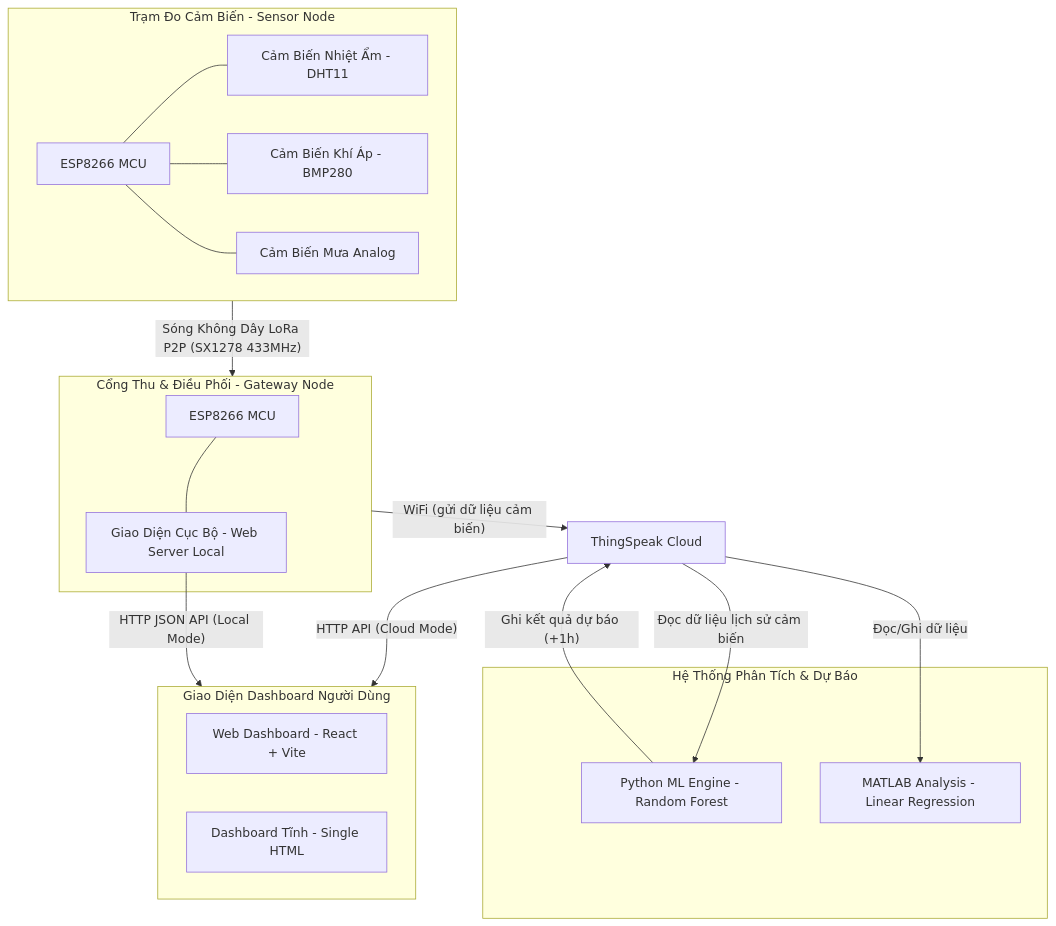
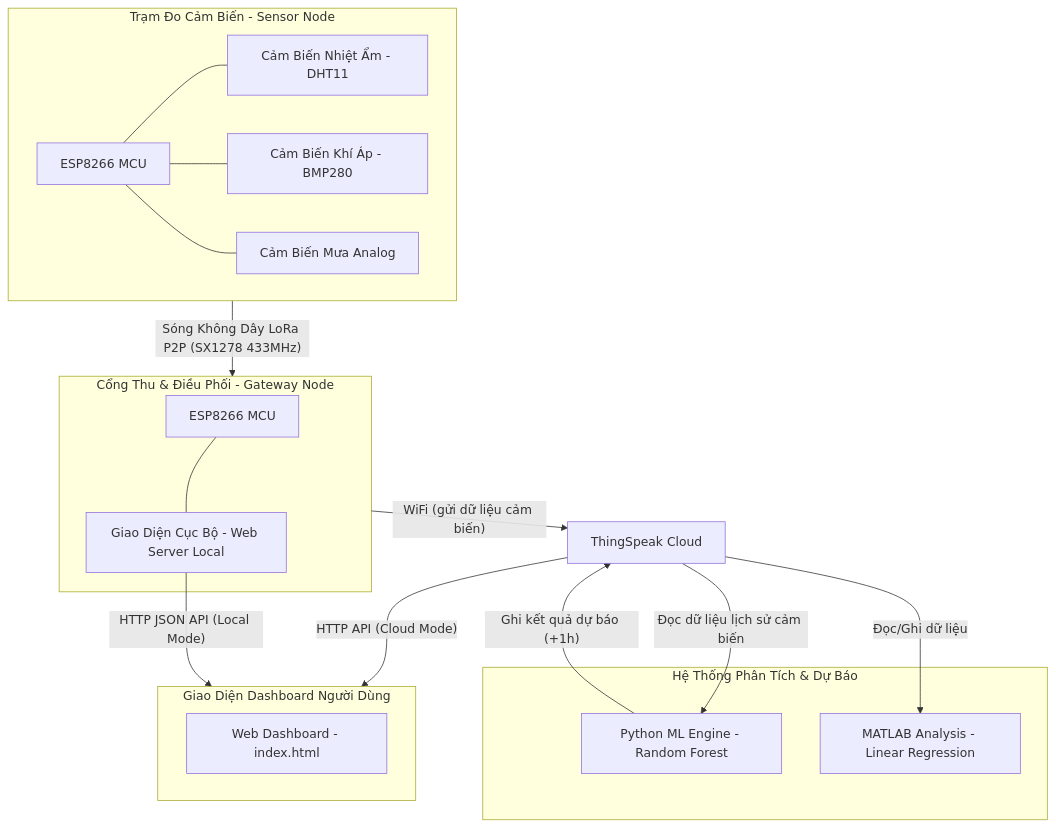
Before and after one commit to HNyat/smart-weather-station-iot: the diagram in README.md, drawn with Mermaid. The commit also changed other lines of this file and 46 other files, not shown here.

````diff
--- a/README.md
+++ b/README.md
@@ -11,44 +11,43 @@
 ```mermaid
 graph TD
     %% Thiết bị phần cứng
     subgraph Sensor_Node [Trạm Đo Cảm Biến - Sensor Node]
         S1[ESP8266 MCU]
         S2[Cảm Biến Nhiệt Ẩm - DHT11]
         S3[Cảm Biến Khí Áp - BMP280]
         S4[Cảm Biến Mưa Analog]
         S1 --- S2
         S1 --- S3
         S1 --- S4
     end
 
     subgraph Gateway_Node [Cổng Thu & Điều Phối - Gateway Node]
         G1[ESP8266 MCU]
         G2[Giao Diện Cục Bộ - Web Server Local]
         G1 --- G2
     end
 
     %% Truyền dẫn không dây
     Sensor_Node -- "Sóng Không Dây LoRa P2P (SX1278 433MHz)" --> Gateway_Node
 
     %% Kết nối luồng dữ liệu
     Gateway_Node -- "WiFi (gửi dữ liệu cảm biến)" --> Cloud[ThingSpeak Cloud]
 
     %% Luồng xử lý dữ liệu và AI
     subgraph AI_Engine [Hệ Thống Phân Tích & Dự Báo]
         ML[Python ML Engine - Random Forest]
         MAT[MATLAB Analysis - Linear Regression]
     end
     
     Cloud -- "Đọc dữ liệu lịch sử cảm biến" --> ML
     ML -- "Ghi kết quả dự báo (+1h)" --> Cloud
     Cloud -- "Đọc/Ghi dữ liệu" --> MAT
 
     %% Giao diện người dùng
     subgraph Frontend [Giao Diện Dashboard Người Dùng]
-        Dash[Web Dashboard - React + Vite]
-        DashHTML[Dashboard Tĩnh - Single HTML]
+        Dash[Web Dashboard - index.html]
     end
     
     Cloud -- "HTTP API (Cloud Mode)" --> Frontend
     G2 -- "HTTP JSON API (Local Mode)" --> Frontend
 ```
````
